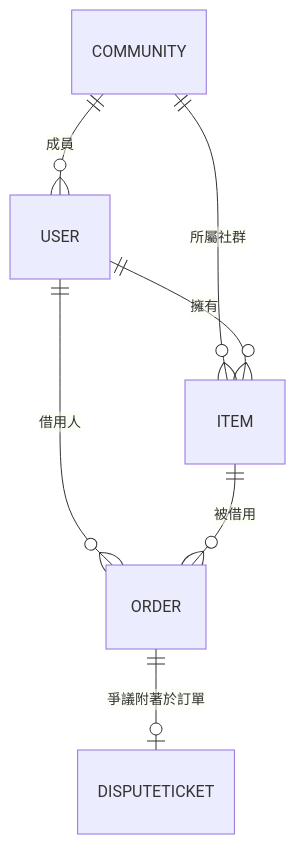
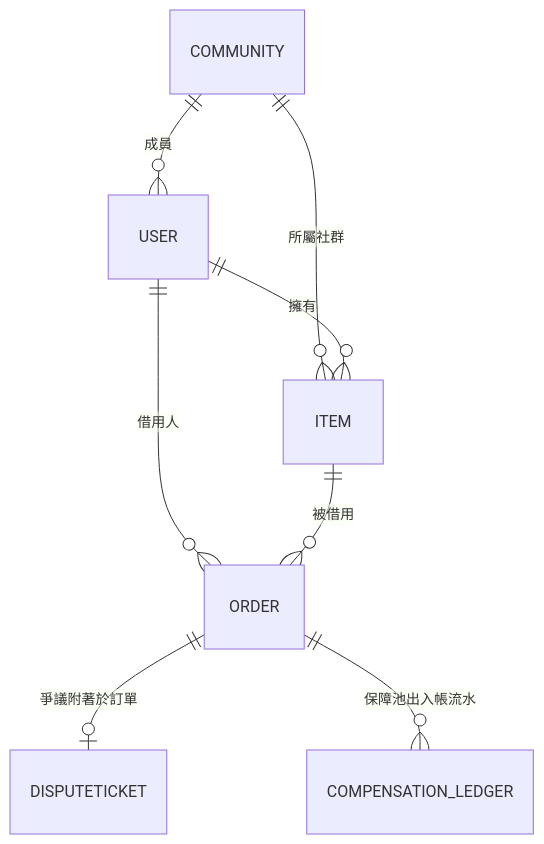
The second of 2 diagrams in linli-tool-arch.md (derickchung/linli-tool), drawn with Mermaid before and after one commit. The commit also changed other lines of this file and 33 other files, not shown here.

````diff
--- a/linli-tool-arch.md
+++ b/linli-tool-arch.md
@@ -93,9 +109,10 @@
 ```mermaid
 erDiagram
     COMMUNITY ||--o{ USER : "成員"
     COMMUNITY ||--o{ ITEM : "所屬社群"
     USER ||--o{ ITEM : "擁有"
     USER ||--o{ ORDER : "借用人"
     ITEM ||--o{ ORDER : "被借用"
     ORDER ||--o| DISPUTETICKET : "爭議附著於訂單"
+    ORDER ||--o{ COMPENSATION_LEDGER : "保障池出入帳流水"
 ```
````
